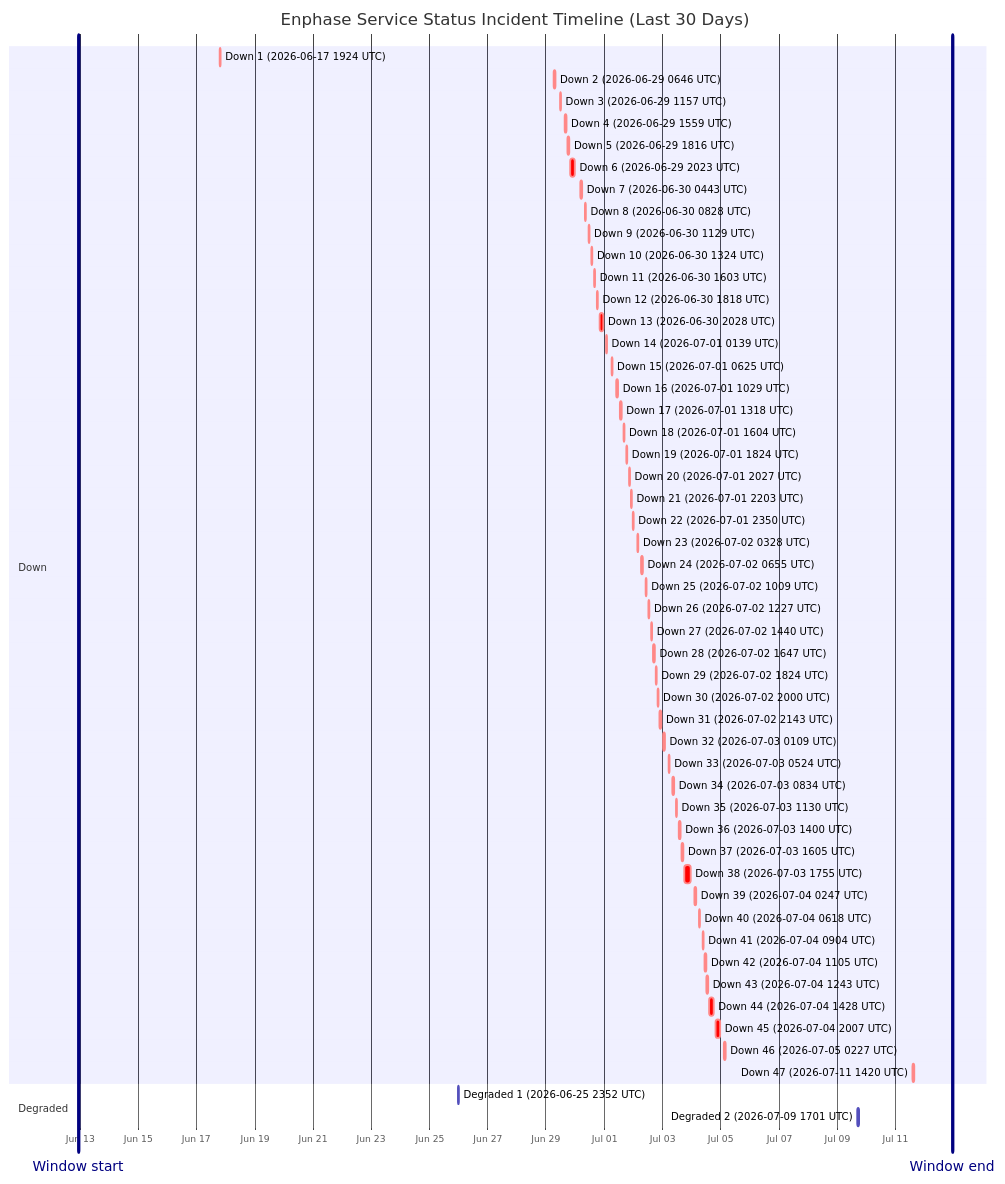
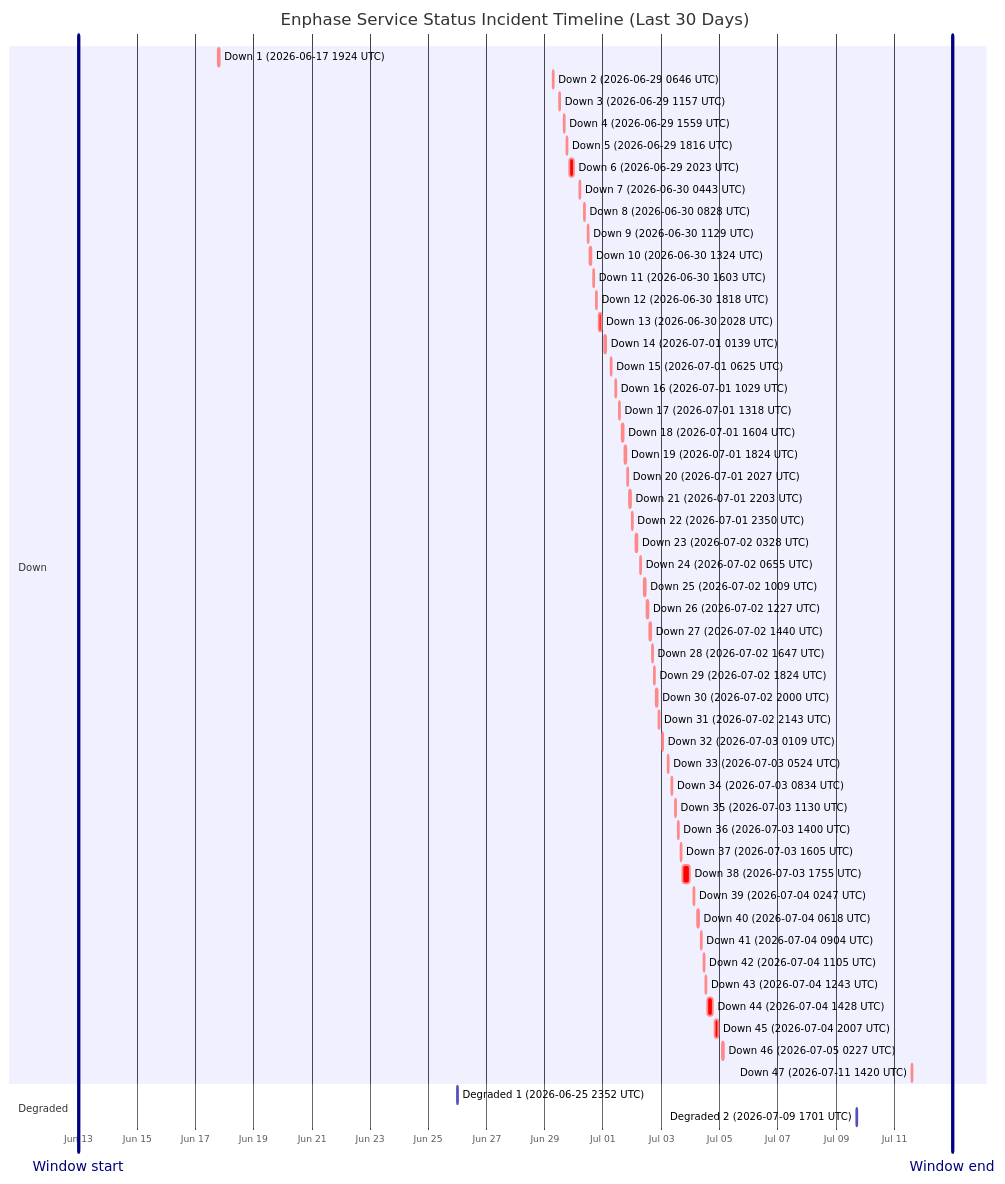
One commit to barneyonline/ha-enphase-energy changed the diagram in wiki/Service-Status-History.md. Above: the diagram before and after it, drawn with Mermaid. The commit also changed other lines of this file and 3 other files, not shown here.

````diff
--- a/wiki/Service-Status-History.md
+++ b/wiki/Service-Status-History.md
@@ -14,59 +14,59 @@
 ```mermaid
 gantt
     title Enphase Service Status Incident Timeline (Last 30 Days)
     dateFormat  YYYY-MM-DDTHH:mm:ss
     axisFormat  %b %d
-    Window start :vert, window-start, 2026-06-12T22:45:42, 0ms
-    Window end :vert, window-end, 2026-07-12T22:45:42, 0ms
+    Window start :vert, window-start, 2026-06-12T23:52:15, 0ms
+    Window end :vert, window-end, 2026-07-12T23:52:15, 0ms
     section Down
     Down 1 (2026-06-17 1924 UTC) :crit, down-1, 2026-06-17T19:24:51, 60m
     Down 2 (2026-06-29 0646 UTC) :crit, down-2, 2026-06-29T06:46:18, 60m
     Down 3 (2026-06-29 1157 UTC) :crit, down-3, 2026-06-29T11:57:36, 60m
     Down 4 (2026-06-29 1559 UTC) :crit, down-4, 2026-06-29T15:59:02, 60m
     Down 5 (2026-06-29 1816 UTC) :crit, down-5, 2026-06-29T18:16:38, 60m
     Down 6 (2026-06-29 2023 UTC) :crit, down-6, 2026-06-29T20:23:16, 220m
     Down 7 (2026-06-30 0443 UTC) :crit, down-7, 2026-06-30T04:43:54, 60m
     Down 8 (2026-06-30 0828 UTC) :crit, down-8, 2026-06-30T08:28:43, 60m
     Down 9 (2026-06-30 1129 UTC) :crit, down-9, 2026-06-30T11:29:15, 60m
     Down 10 (2026-06-30 1324 UTC) :crit, down-10, 2026-06-30T13:24:25, 60m
     Down 11 (2026-06-30 1603 UTC) :crit, down-11, 2026-06-30T16:03:26, 60m
     Down 12 (2026-06-30 1818 UTC) :crit, down-12, 2026-06-30T18:18:39, 60m
     Down 13 (2026-06-30 2028 UTC) :crit, down-13, 2026-06-30T20:28:54, 171m
     Down 14 (2026-07-01 0139 UTC) :crit, down-14, 2026-07-01T01:39:18, 60m
     Down 15 (2026-07-01 0625 UTC) :crit, down-15, 2026-07-01T06:25:35, 60m
     Down 16 (2026-07-01 1029 UTC) :crit, down-16, 2026-07-01T10:29:24, 60m
     Down 17 (2026-07-01 1318 UTC) :crit, down-17, 2026-07-01T13:18:31, 60m
     Down 18 (2026-07-01 1604 UTC) :crit, down-18, 2026-07-01T16:04:29, 60m
     Down 19 (2026-07-01 1824 UTC) :crit, down-19, 2026-07-01T18:24:21, 60m
     Down 20 (2026-07-01 2027 UTC) :crit, down-20, 2026-07-01T20:27:17, 60m
     Down 21 (2026-07-01 2203 UTC) :crit, down-21, 2026-07-01T22:03:46, 60m
     Down 22 (2026-07-01 2350 UTC) :crit, down-22, 2026-07-01T23:50:52, 60m
     Down 23 (2026-07-02 0328 UTC) :crit, down-23, 2026-07-02T03:28:33, 60m
     Down 24 (2026-07-02 0655 UTC) :crit, down-24, 2026-07-02T06:55:07, 60m
     Down 25 (2026-07-02 1009 UTC) :crit, down-25, 2026-07-02T10:09:15, 60m
     Down 26 (2026-07-02 1227 UTC) :crit, down-26, 2026-07-02T12:27:49, 60m
     Down 27 (2026-07-02 1440 UTC) :crit, down-27, 2026-07-02T14:40:53, 60m
     Down 28 (2026-07-02 1647 UTC) :crit, down-28, 2026-07-02T16:47:47, 60m
     Down 29 (2026-07-02 1824 UTC) :crit, down-29, 2026-07-02T18:24:26, 60m
     Down 30 (2026-07-02 2000 UTC) :crit, down-30, 2026-07-02T20:00:57, 60m
     Down 31 (2026-07-02 2143 UTC) :crit, down-31, 2026-07-02T21:43:52, 80m
     Down 32 (2026-07-03 0109 UTC) :crit, down-32, 2026-07-03T01:09:19, 60m
     Down 33 (2026-07-03 0524 UTC) :crit, down-33, 2026-07-03T05:24:23, 60m
     Down 34 (2026-07-03 0834 UTC) :crit, down-34, 2026-07-03T08:34:05, 60m
     Down 35 (2026-07-03 1130 UTC) :crit, down-35, 2026-07-03T11:30:41, 60m
     Down 36 (2026-07-03 1400 UTC) :crit, down-36, 2026-07-03T14:00:48, 60m
     Down 37 (2026-07-03 1605 UTC) :crit, down-37, 2026-07-03T16:05:49, 60m
     Down 38 (2026-07-03 1755 UTC) :crit, down-38, 2026-07-03T17:55:54, 338m
     Down 39 (2026-07-04 0247 UTC) :crit, down-39, 2026-07-04T02:47:22, 60m
     Down 40 (2026-07-04 0618 UTC) :crit, down-40, 2026-07-04T06:18:09, 60m
     Down 41 (2026-07-04 0904 UTC) :crit, down-41, 2026-07-04T09:04:41, 60m
     Down 42 (2026-07-04 1105 UTC) :crit, down-42, 2026-07-04T11:05:21, 60m
     Down 43 (2026-07-04 1243 UTC) :crit, down-43, 2026-07-04T12:43:25, 60m
     Down 44 (2026-07-04 1428 UTC) :crit, down-44, 2026-07-04T14:28:07, 243m
     Down 45 (2026-07-04 2007 UTC) :crit, down-45, 2026-07-04T20:07:50, 206m
     Down 46 (2026-07-05 0227 UTC) :crit, down-46, 2026-07-05T02:27:32, 109m
     Down 47 (2026-07-11 1420 UTC) :crit, down-47, 2026-07-11T14:20:54, 69m
     section Degraded
     Degraded 1 (2026-06-25 2352 UTC) :active, degraded-1, 2026-06-25T23:52:01, 60m
     Degraded 2 (2026-07-09 1701 UTC) :active, degraded-2, 2026-07-09T17:01:02, 60m
 ```
````
